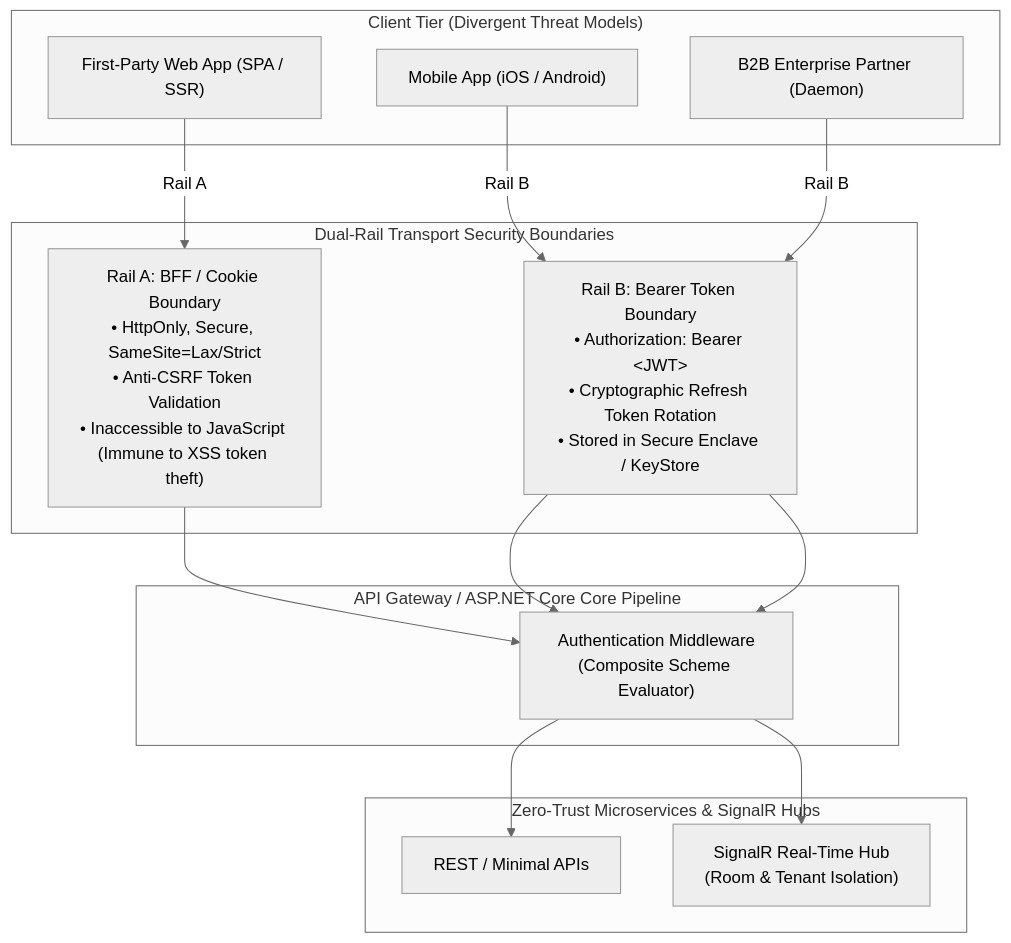
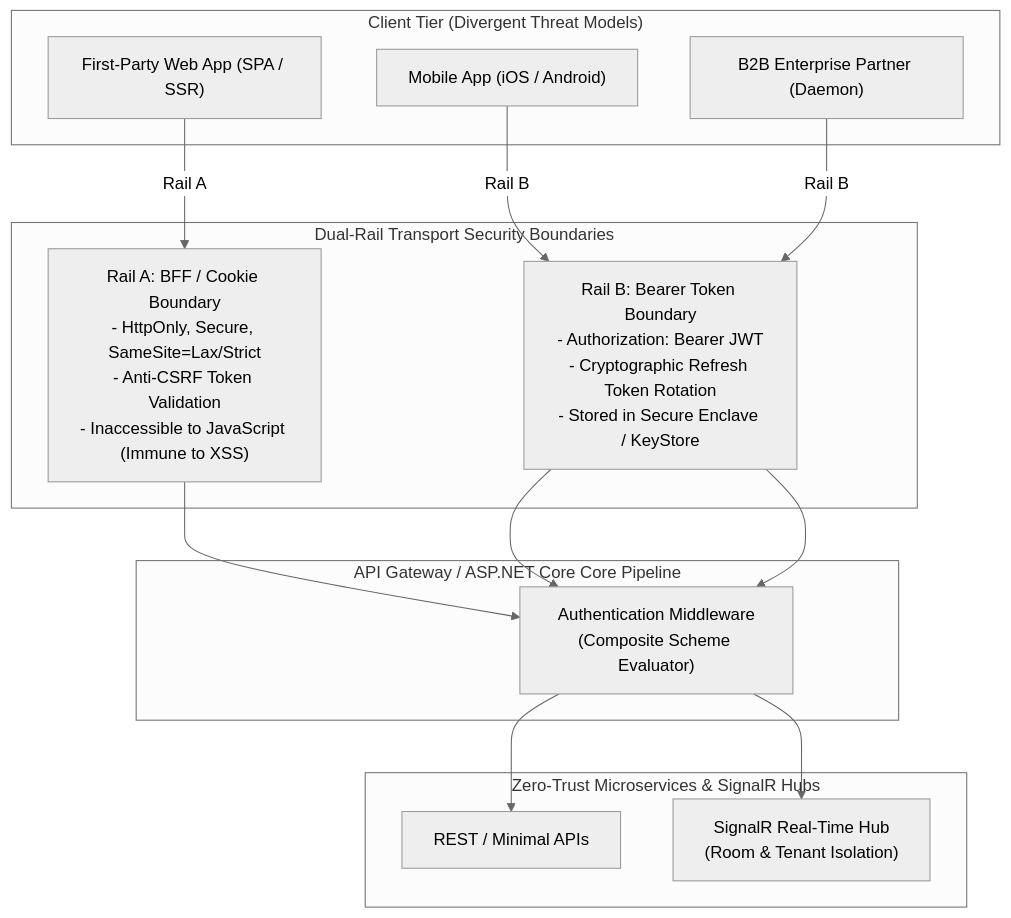
The diagram in 02-Authentication/10B-Dual-Rail-And-Realtime-Security.md (MoAdel/PrincipalJourney), drawn with Mermaid (neutral theme) before and after one commit. The commit also changed 197 other files, not shown here.

````diff
--- a/02-Authentication/10B-Dual-Rail-And-Realtime-Security.md
+++ b/02-Authentication/10B-Dual-Rail-And-Realtime-Security.md
@@ -26,29 +26,29 @@
 ```mermaid
 graph TD
     subgraph Clients["Client Tier (Divergent Threat Models)"]
         WebClient["First-Party Web App (SPA / SSR)"]
         MobileClient["Mobile App (iOS / Android)"]
         PartnerClient["B2B Enterprise Partner (Daemon)"]
     end
 
     subgraph Boundaries["Dual-Rail Transport Security Boundaries"]
-        RailA["Rail A: BFF / Cookie Boundary<br/>• HttpOnly, Secure, SameSite=Lax/Strict<br/>• Anti-CSRF Token Validation<br/>• Inaccessible to JavaScript (Immune to XSS token theft)"]
-        RailB["Rail B: Bearer Token Boundary<br/>• Authorization: Bearer &lt;JWT&gt;<br/>• Cryptographic Refresh Token Rotation<br/>• Stored in Secure Enclave / KeyStore"]
+        RailA["Rail A: BFF / Cookie Boundary\n- HttpOnly, Secure, SameSite=Lax/Strict\n- Anti-CSRF Token Validation\n- Inaccessible to JavaScript (Immune to XSS)"]
+        RailB["Rail B: Bearer Token Boundary\n- Authorization: Bearer JWT\n- Cryptographic Refresh Token Rotation\n- Stored in Secure Enclave / KeyStore"]
     end
 
     subgraph Gateway["API Gateway / ASP.NET Core Core Pipeline"]
-        AuthMiddleware["Authentication Middleware<br/>(Composite Scheme Evaluator)"]
+        AuthMiddleware["Authentication Middleware\n(Composite Scheme Evaluator)"]
     end
 
     subgraph Backend["Zero-Trust Microservices & SignalR Hubs"]
         ApiEndpoints["REST / Minimal APIs"]
-        SignalRHub["SignalR Real-Time Hub<br/>(Room & Tenant Isolation)"]
+        SignalRHub["SignalR Real-Time Hub\n(Room & Tenant Isolation)"]
     end
 
     WebClient -->|Rail A| RailA --> AuthMiddleware
     MobileClient -->|Rail B| RailB --> AuthMiddleware
     PartnerClient -->|Rail B| RailB --> AuthMiddleware
 
     AuthMiddleware --> ApiEndpoints
     AuthMiddleware --> SignalRHub
 ```
````
